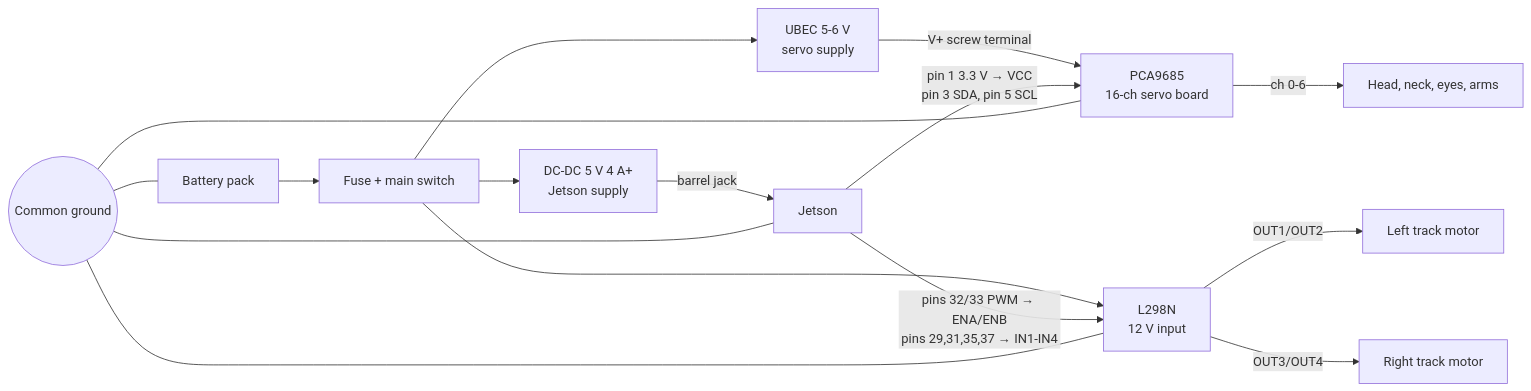
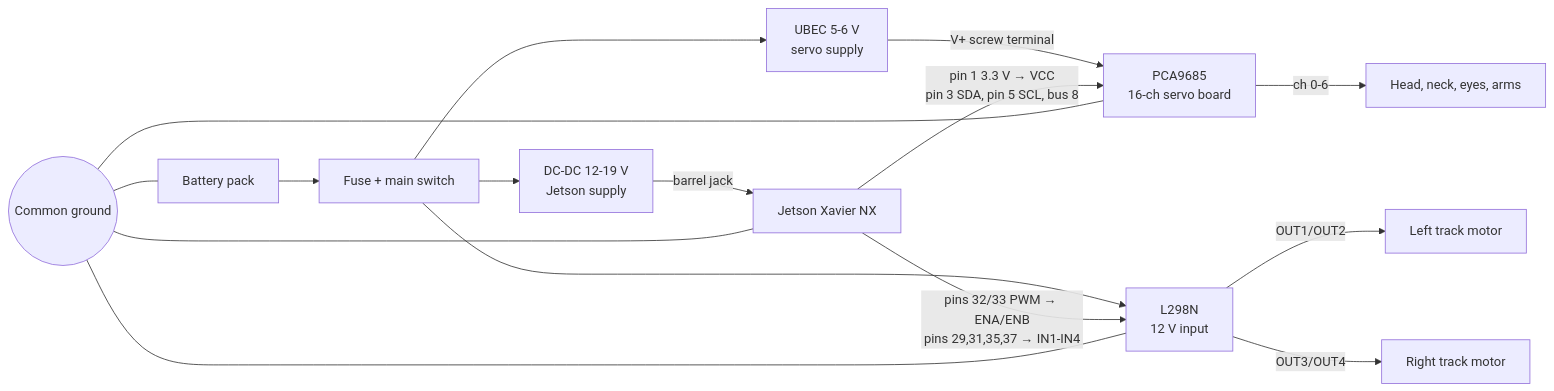
One commit to Lichter1/Wall-E_2025 changed the diagram in docs/wiring.md. Above: the diagram before and after it, drawn with Mermaid. The commit also changed other lines of this file and 7 other files, not shown here.

First line of the commit message:
Retarget setup guide and config at the Jetson Xavier NX

````diff
--- a/docs/wiring.md
+++ b/docs/wiring.md
@@ -7,21 +7,21 @@
 ```mermaid
 flowchart LR
   BAT[Battery pack] --> FUSE[Fuse + main switch]
-  FUSE --> DCJ[DC-DC 5 V 4 A+<br/>Jetson supply]
+  FUSE --> DCJ[DC-DC 12-19 V<br/>Jetson supply]
   FUSE --> BEC[UBEC 5-6 V<br/>servo supply]
   FUSE --> L298[L298N<br/>12 V input]
 
-  DCJ -->|barrel jack| JET[Jetson]
+  DCJ -->|barrel jack| JET[Jetson Xavier NX]
   BEC -->|V+ screw terminal| PCA[PCA9685<br/>16-ch servo board]
 
-  JET -->|pin 1 3.3 V → VCC<br/>pin 3 SDA, pin 5 SCL| PCA
+  JET -->|pin 1 3.3 V → VCC<br/>pin 3 SDA, pin 5 SCL, bus 8| PCA
   JET -->|pins 32/33 PWM → ENA/ENB<br/>pins 29,31,35,37 → IN1-IN4| L298
   L298 -->|OUT1/OUT2| ML[Left track motor]
   L298 -->|OUT3/OUT4| MR[Right track motor]
   PCA -->|ch 0-6| SERVOS[Head, neck, eyes, arms]
 
   GND((Common ground)) --- JET
   GND --- PCA
   GND --- L298
   GND --- BAT
 ```
````
